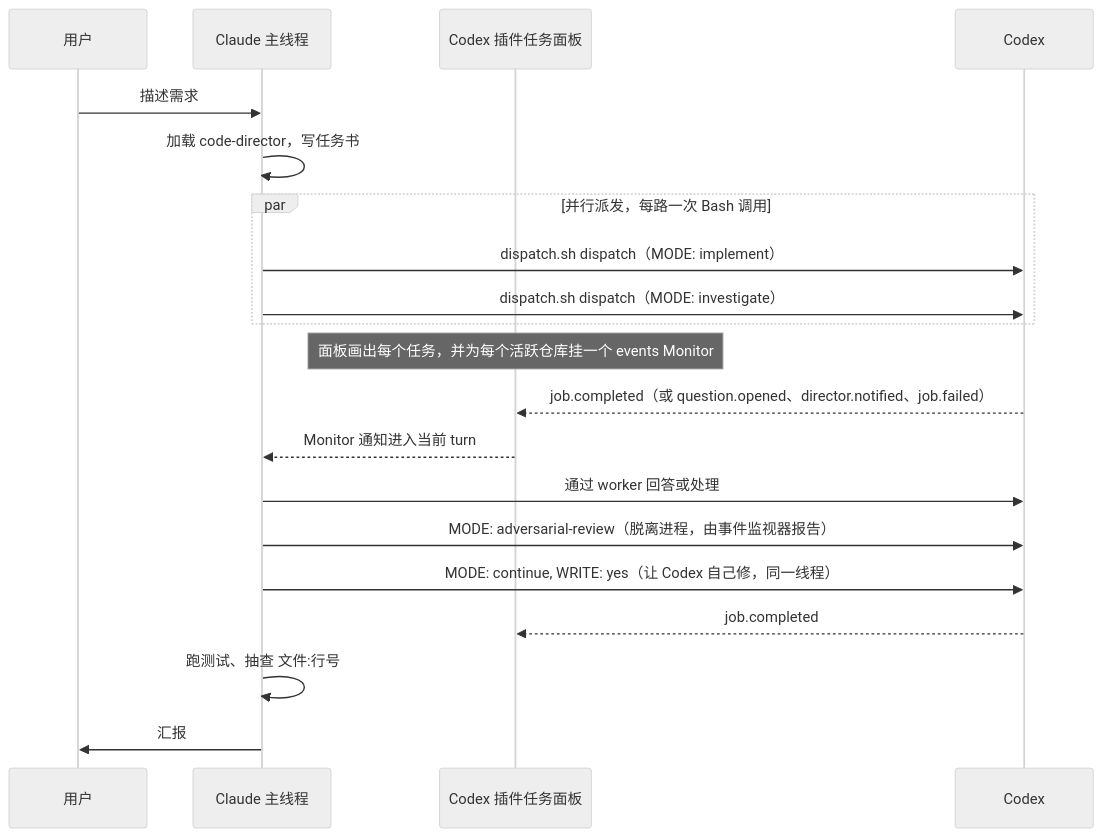
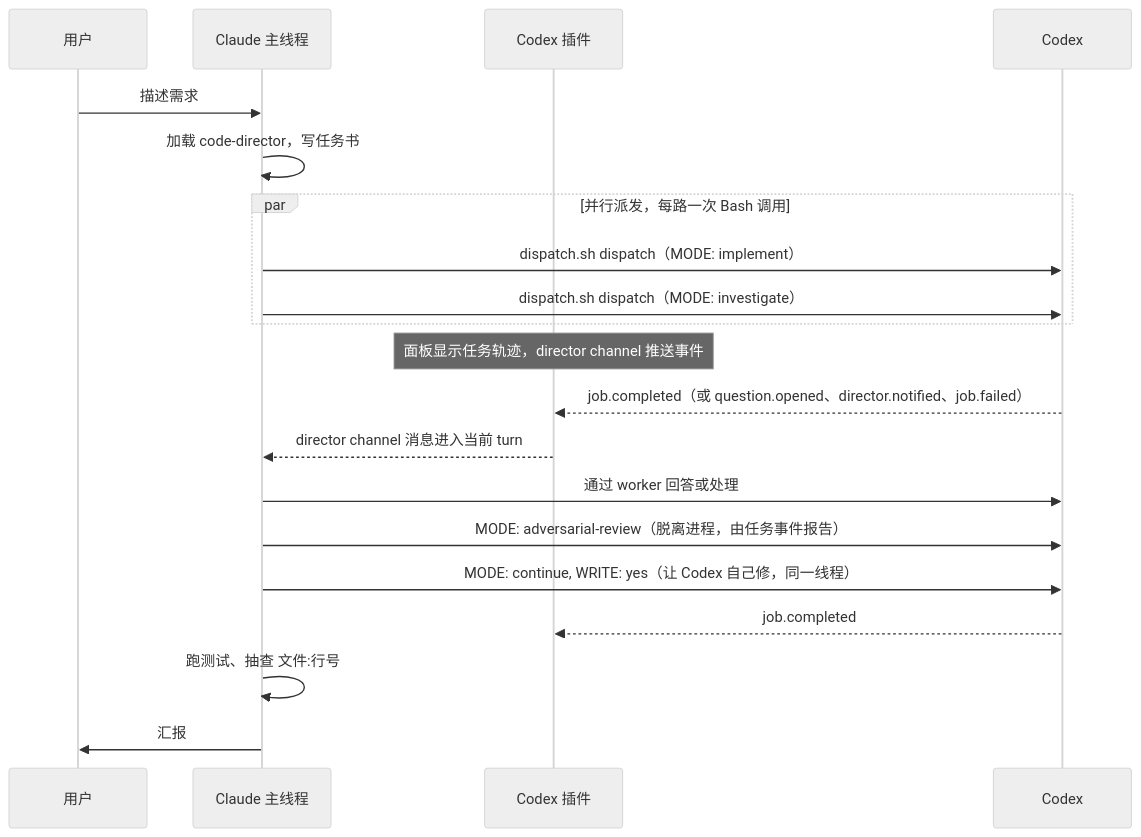
One commit to y-cruce/code-director changed the diagram in README.zh-CN.md. Above: the diagram before and after it, drawn with Mermaid (neutral theme). The commit also changed other lines of this file and 3 other files, not shown here.

First line of the commit message:
Skill: deliver job events through the director channel

````diff
--- a/README.zh-CN.md
+++ b/README.zh-CN.md
@@ -37,23 +37,23 @@
 ```mermaid
 sequenceDiagram
     participant U as 用户
     participant C as Claude 主线程
-    participant P as Codex 插件任务面板
+    participant P as Codex 插件
     participant X as Codex
 
     U->>C: 描述需求
     C->>C: 加载 code-director，写任务书
     par 并行派发，每路一次 Bash 调用
         C->>X: dispatch.sh dispatch（MODE: implement）
         C->>X: dispatch.sh dispatch（MODE: investigate）
     end
-    Note over P: 面板画出每个任务，并为每个活跃仓库挂一个 events Monitor
+    Note over P: 面板显示任务轨迹，director channel 推送事件
     X-->>P: job.completed（或 question.opened、director.notified、job.failed）
-    P-->>C: Monitor 通知进入当前 turn
+    P-->>C: director channel 消息进入当前 turn
     C->>X: 通过 worker 回答或处理
-    C->>X: MODE: adversarial-review（脱离进程，由事件监视器报告）
+    C->>X: MODE: adversarial-review（脱离进程，由任务事件报告）
     C->>X: MODE: continue, WRITE: yes（让 Codex 自己修，同一线程）
     X-->>P: job.completed
     C->>C: 跑测试、抽查 文件:行号
     C->>U: 汇报
 ```
````
